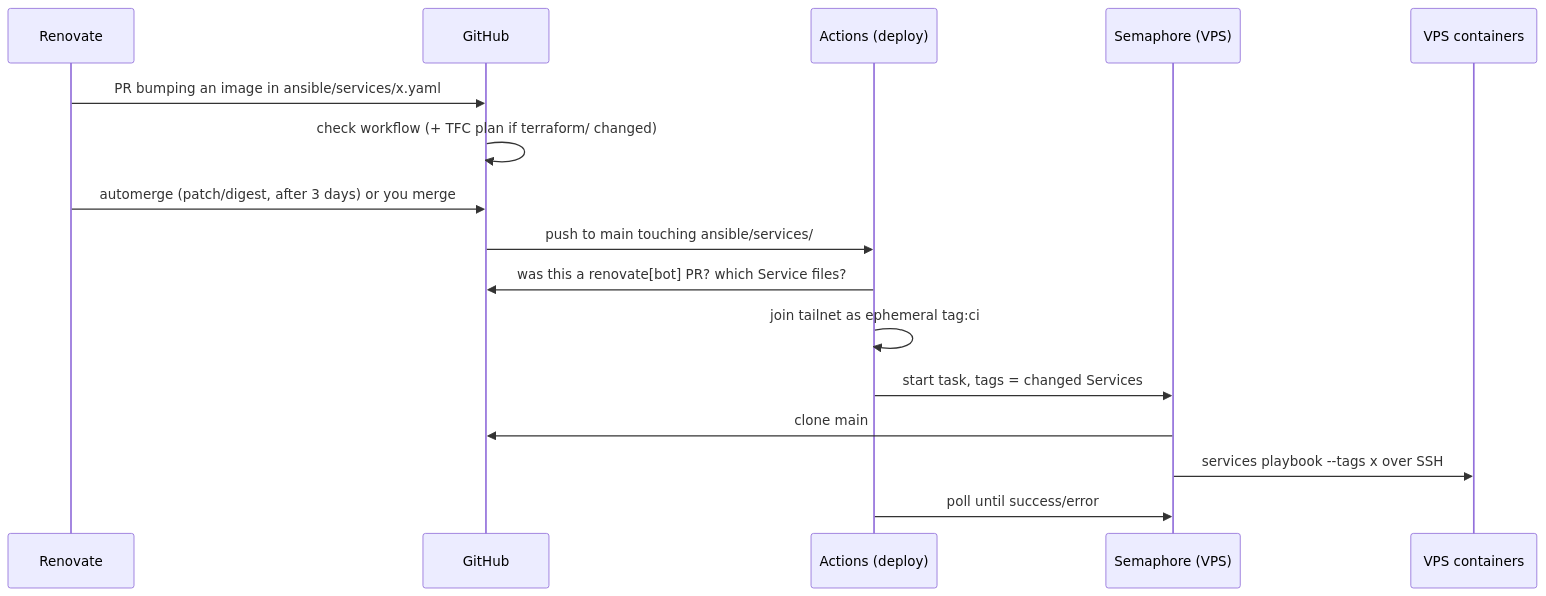
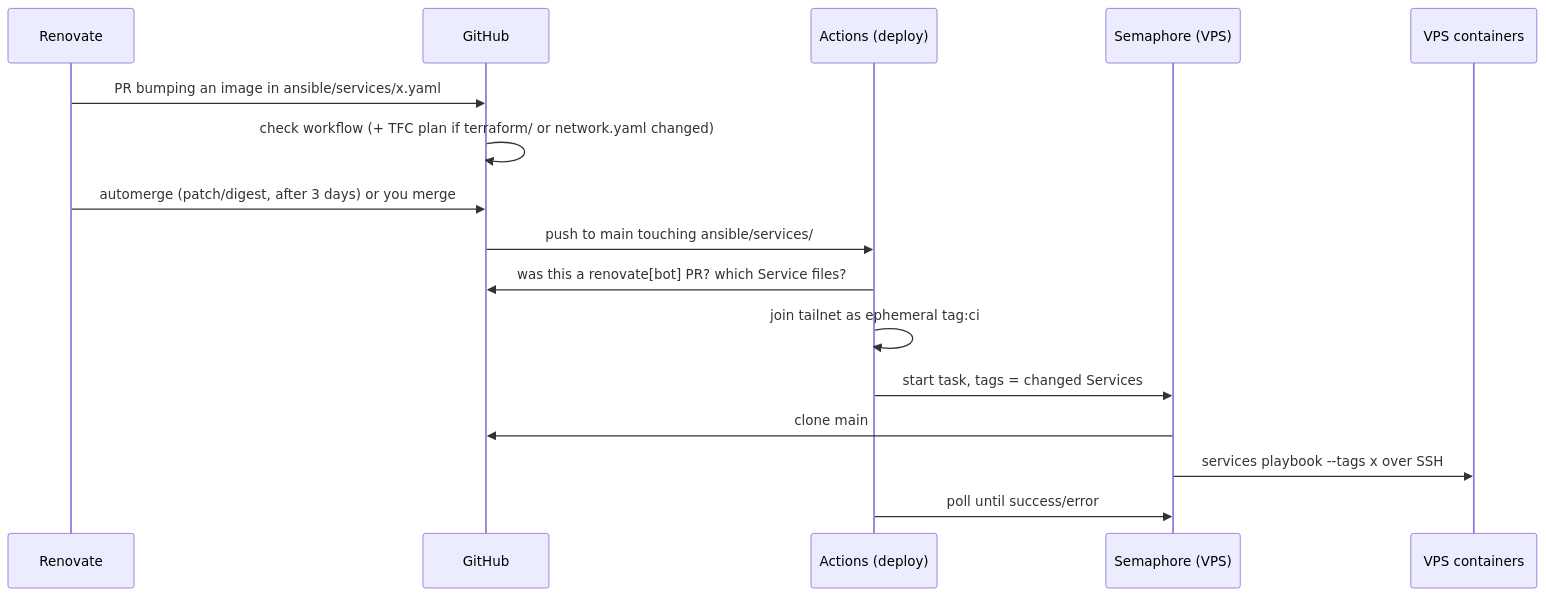
Before and after one commit to subbeh/home-ops: the diagram in docs/overview.md, drawn with Mermaid. The commit also changed 9 other files, not shown here.

First line of the commit message:
feat(terraform): read the vps tailnet IP from network.yaml

````diff
--- a/docs/overview.md
+++ b/docs/overview.md
@@ -25,18 +25,18 @@
 ```mermaid
 sequenceDiagram
     participant R as Renovate
     participant GH as GitHub
     participant A as Actions (deploy)
     participant S as Semaphore (VPS)
     participant V as VPS containers
     R->>GH: PR bumping an image in ansible/services/x.yaml
-    GH->>GH: check workflow (+ TFC plan if terraform/ changed)
+    GH->>GH: check workflow (+ TFC plan if terraform/ or network.yaml changed)
     R->>GH: automerge (patch/digest, after 3 days) or you merge
     GH->>A: push to main touching ansible/services/
     A->>GH: was this a renovate[bot] PR? which Service files?
     A->>A: join tailnet as ephemeral tag:ci
     A->>S: start task, tags = changed Services
     S->>GH: clone main
     S->>V: services playbook --tags x over SSH
     A->>S: poll until success/error
 ```
````
